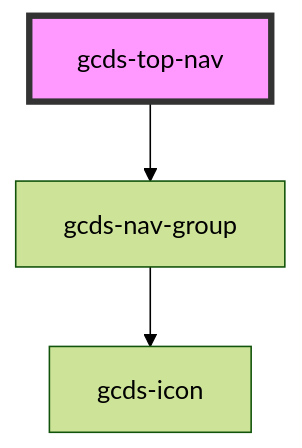
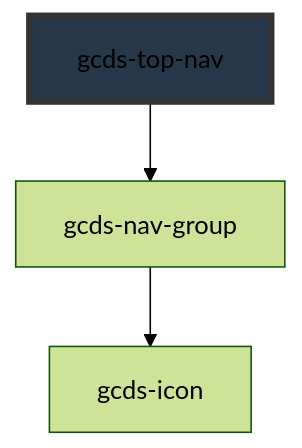
The diagram in packages/web/src/components/gcds-top-nav/readme.md (cds-snc/gcds-components), drawn with Mermaid (forest theme) before and after one commit. The commit also changed other lines of this file and 16 other files, not shown here.

````diff
--- a/packages/web/src/components/gcds-top-nav/readme.md
+++ b/packages/web/src/components/gcds-top-nav/readme.md
@@ -69,6 +76,6 @@
 ```mermaid
 graph TD;
   gcds-top-nav --> gcds-nav-group
   gcds-nav-group --> gcds-icon
-  style gcds-top-nav fill:#f9f,stroke:#333,stroke-width:4px
+  style gcds-top-nav fill:#26374a,stroke:#333,stroke-width:4px
 ```
````
